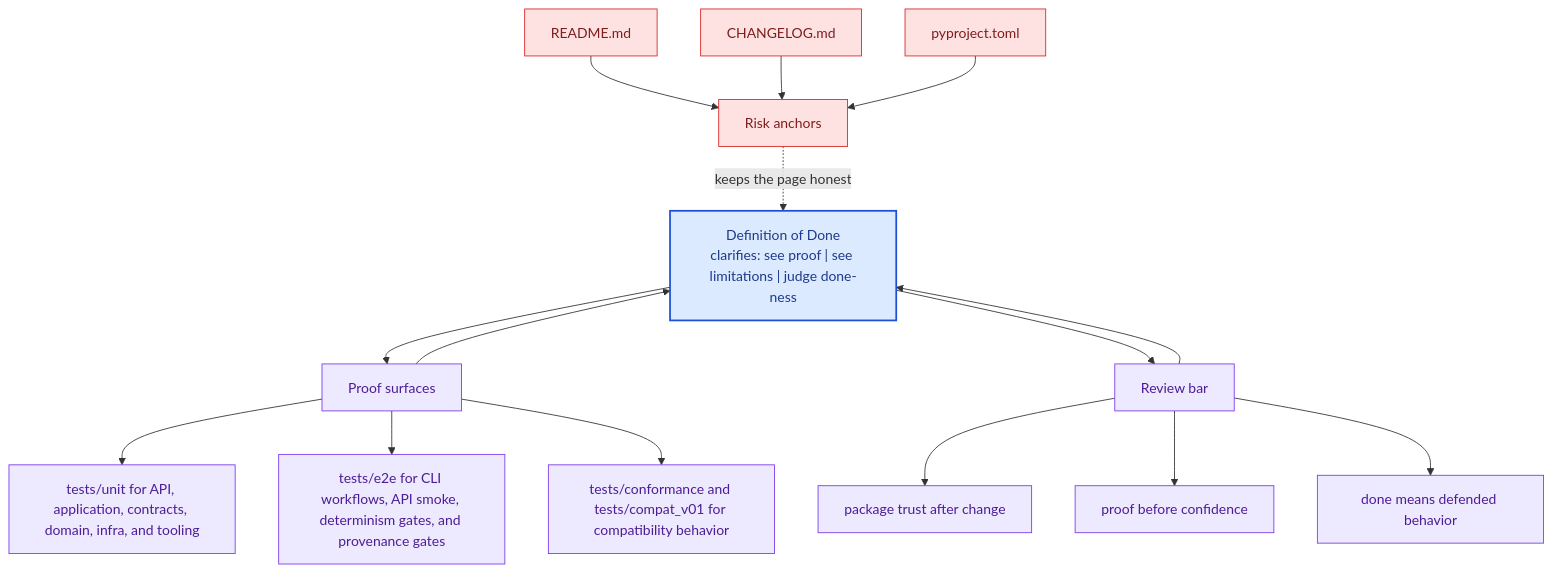
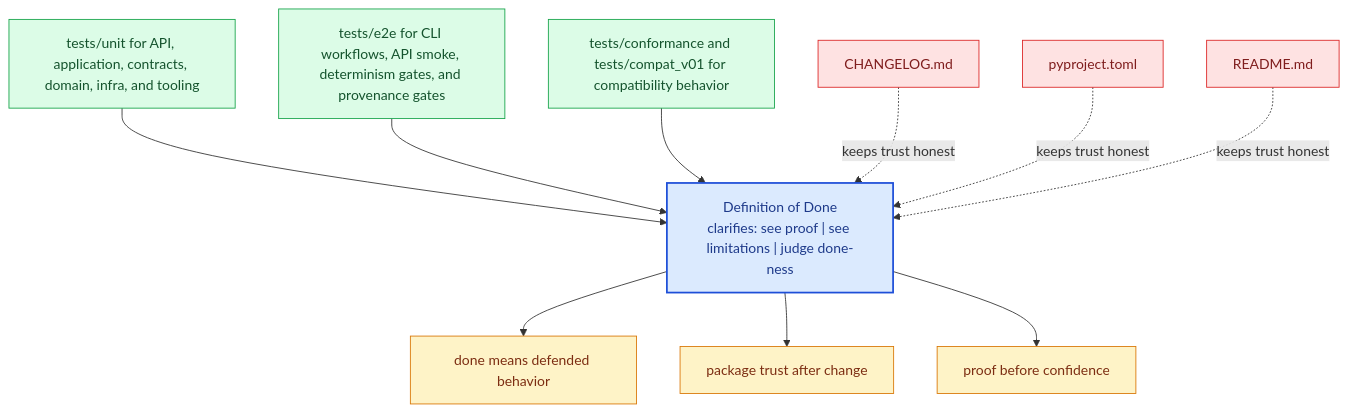
One commit to bijux/bijux-canon changed the diagram in docs/bijux-canon-index/quality/definition-of-done.md. Above: the diagram before and after it, drawn with Mermaid. The commit also changed other lines of this file and 281 other files, not shown here.

Commit message:
docs(diagrams): replace repeated mermaid scaffolds with page-specific summaries

````diff
--- a/docs/bijux-canon-index/quality/definition-of-done.md
+++ b/docs/bijux-canon-index/quality/definition-of-done.md
@@ -67,41 +22,31 @@
 ```mermaid
 flowchart TB
-    promise["Definition of Done<br/>clarifies: see proof | see limitations | judge done-ness"]
-    classDef promise fill:#dbeafe,stroke:#1d4ed8,color:#1e3a8a,stroke-width:2px;
-    classDef driver fill:#dcfce7,stroke:#16a34a,color:#14532d;
-    classDef constraint fill:#fee2e2,stroke:#dc2626,color:#7f1d1d;
-    classDef ground fill:#ede9fe,stroke:#7c3aed,color:#4c1d95;
-    focus1["Proof surfaces"]
-    focus1 --> promise
-    promise --> focus1
-    focus1_1["tests/unit for API, application, contracts, domain, infra, and tooling"]
-    focus1 --> focus1_1
-    focus1_2["tests/e2e for CLI workflows, API smoke, determinism gates, and provenance gates"]
-    focus1 --> focus1_2
-    focus1_3["tests/conformance and tests/compat_v01 for compatibility behavior"]
-    focus1 --> focus1_3
-    class focus1 ground;
-    class focus1_1,focus1_2,focus1_3 ground;
-    focus2["Risk anchors"]
-    focus2 -.keeps the page honest.-> promise
-    focus2_1["README.md"]
-    focus2_1 --> focus2
-    focus2_2["CHANGELOG.md"]
-    focus2_2 --> focus2
-    focus2_3["pyproject.toml"]
-    focus2_3 --> focus2
-    class focus2 constraint;
-    class focus2_1,focus2_2,focus2_3 constraint;
-    focus3["Review bar"]
-    focus3 --> promise
-    promise --> focus3
-    focus3_1["package trust after change"]
-    focus3 --> focus3_1
-    focus3_2["proof before confidence"]
-    focus3 --> focus3_2
-    focus3_3["done means defended behavior"]
-    focus3 --> focus3_3
-    class focus3 ground;
-    class focus3_1,focus3_2,focus3_3 ground;
-    class promise promise;
+    page["Definition of Done<br/>clarifies: see proof | see limitations | judge done-ness"]
+    classDef page fill:#dbeafe,stroke:#1d4ed8,color:#1e3a8a,stroke-width:2px;
+    classDef positive fill:#dcfce7,stroke:#16a34a,color:#14532d;
+    classDef caution fill:#fee2e2,stroke:#dc2626,color:#7f1d1d;
+    classDef anchor fill:#ede9fe,stroke:#7c3aed,color:#4c1d95;
+    classDef action fill:#fef3c7,stroke:#d97706,color:#7c2d12;
+    proof1["tests/unit for API, application, contracts, domain, infra, and tooling"]
+    proof1 --> page
+    proof2["tests/e2e for CLI workflows, API smoke, determinism gates, and provenance gates"]
+    proof2 --> page
+    proof3["tests/conformance and tests/compat_v01 for compatibility behavior"]
+    proof3 --> page
+    risk1["CHANGELOG.md"]
+    risk1 -.keeps trust honest.-> page
+    risk2["pyproject.toml"]
+    risk2 -.keeps trust honest.-> page
+    risk3["README.md"]
+    risk3 -.keeps trust honest.-> page
+    bar1["done means defended behavior"]
+    page --> bar1
+    bar2["package trust after change"]
+    page --> bar2
+    bar3["proof before confidence"]
+    page --> bar3
+    class page page;
+    class proof1,proof2,proof3 positive;
+    class risk1,risk2,risk3 caution;
+    class bar1,bar2,bar3 action;
 ```
````
